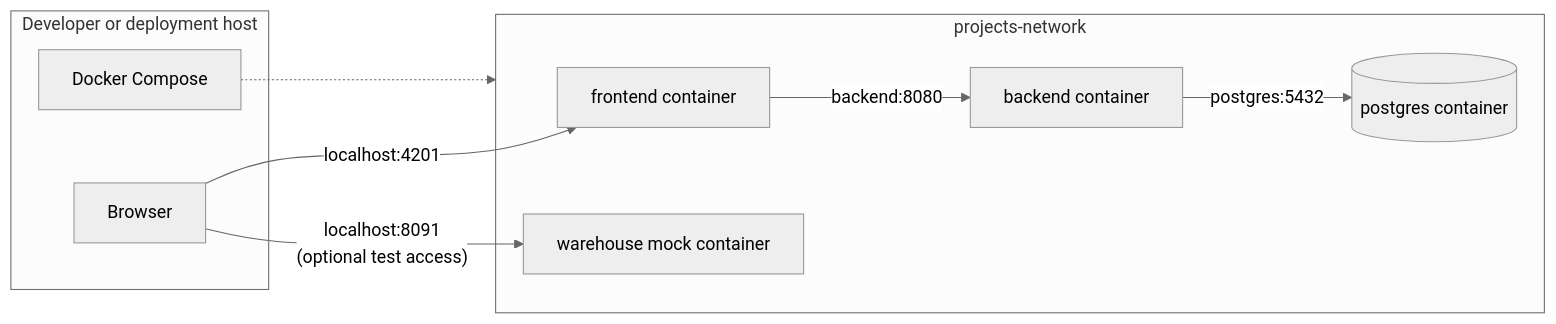
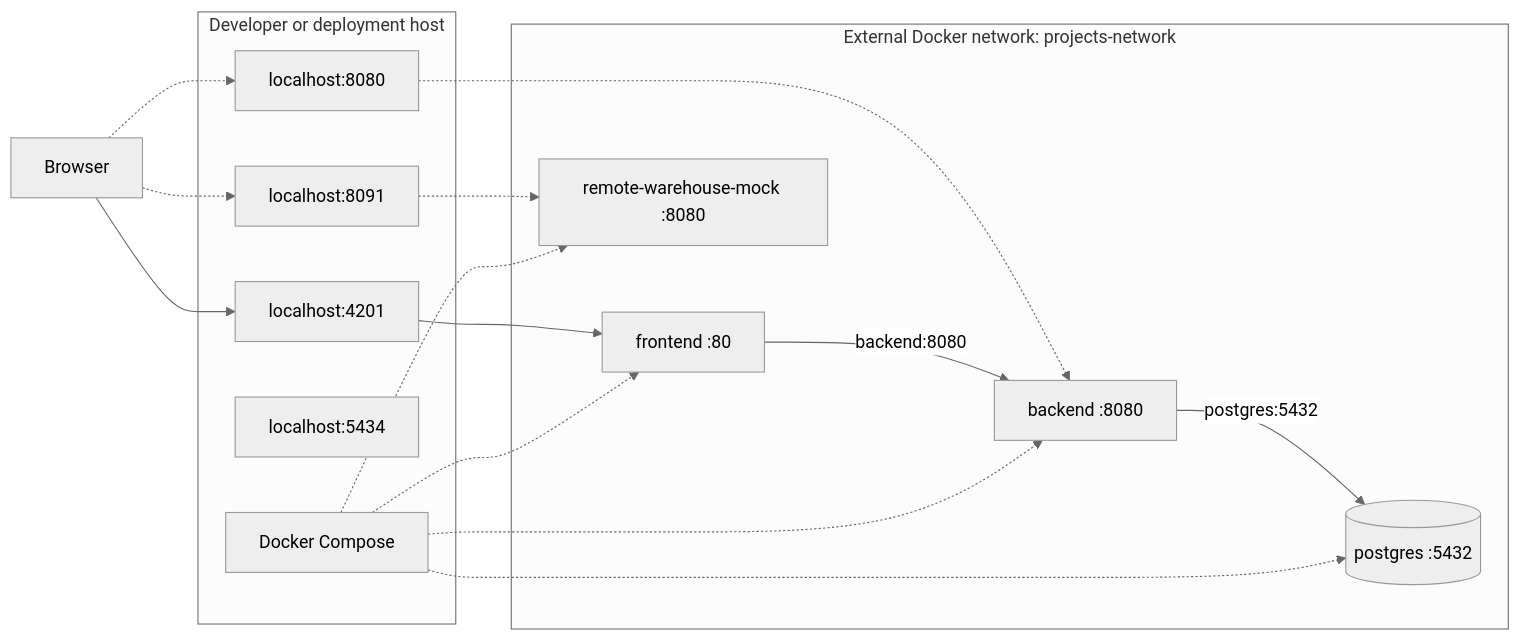
The second of 2 diagrams in ARCHITECTURE.md (vitasmir/ERP), drawn with Mermaid (neutral theme) before and after one commit. The commit also changed other lines of this file, not shown here.

Commit message:
docs(architecture): update system context and request flow diagrams for clarity

````diff
--- a/ARCHITECTURE.md
+++ b/ARCHITECTURE.md
@@ -82,18 +85,29 @@
 ```mermaid
 flowchart LR
+    browser["Browser"]
+
     subgraph host["Developer or deployment host"]
-        browser["Browser"]
         compose["Docker Compose"]
+        frontendPort["localhost:4201"]
+        backendPort["localhost:8080"]
+        postgresPort["localhost:5434"]
+        warehousePort["localhost:8091"]
     end
 
-    browser -->|"localhost:4201"| ui["frontend container"]
-    browser -->|"localhost:8091<br/>(optional test access)"| mock["warehouse mock container"]
-
-    subgraph network["projects-network"]
-        ui -->|"backend:8080"| api["backend container"]
-        api -->|"postgres:5432"| postgres[("postgres container")]
-        mock["warehouse mock container"]
+    subgraph network["External Docker network: projects-network"]
+        frontend["frontend :80"]
+        backend["backend :8080"]
+        postgres[("postgres :5432")]
+        warehouse["remote-warehouse-mock :8080"]
     end
 
-    compose -.-> network
+    browser --> frontendPort --> frontend
+    browser -.-> backendPort -.-> backend
+    browser -.-> warehousePort -.-> warehouse
+    frontend -->|"backend:8080"| backend
+    backend -->|"postgres:5432"| postgres
+    compose -.-> frontend
+    compose -.-> backend
+    compose -.-> postgres
+    compose -.-> warehouse
 ```
````
